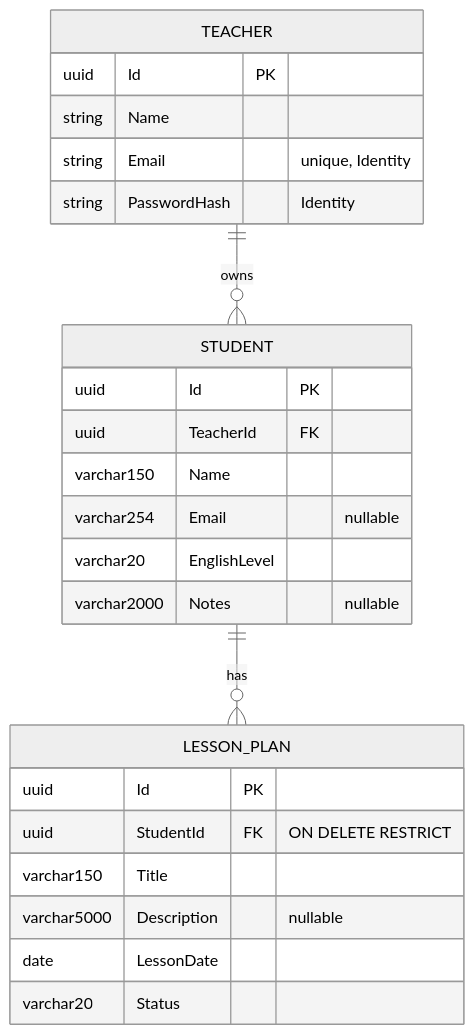
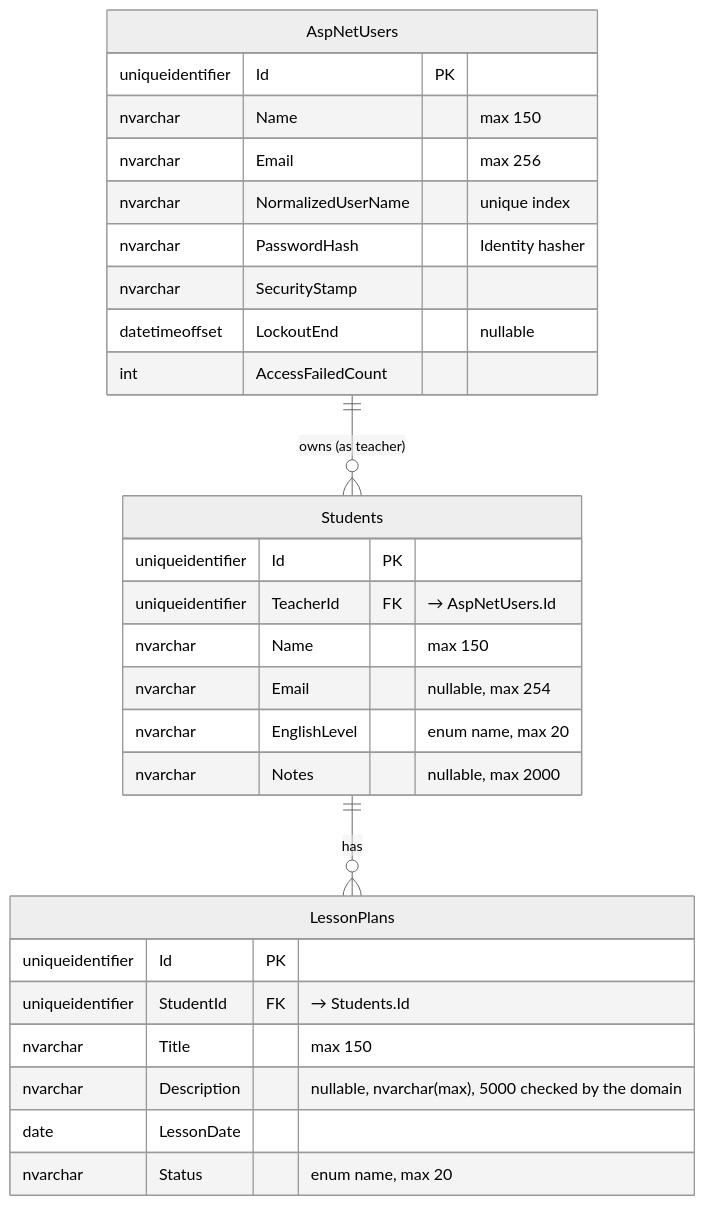
The diagram in docs/plan.md (gusvagner/lesson-organizer), drawn with Mermaid (neutral theme) before and after one commit. The commit also changed other lines of this file and 10 other files, not shown here.

First line of the commit message:
docs: define stack, architecture, and implementation plan part 1

````diff
--- a/docs/plan.md
+++ b/docs/plan.md
@@ -29,27 +31,31 @@
 ```mermaid
 erDiagram
-    TEACHER ||--o{ STUDENT : owns
-    STUDENT ||--o{ LESSON_PLAN : has
-    TEACHER {
-        uuid Id PK
-        string Name
-        string Email "unique, Identity"
-        string PasswordHash "Identity"
+    AspNetUsers ||--o{ Students : "owns (as teacher)"
+    Students ||--o{ LessonPlans : has
+    AspNetUsers {
+        uniqueidentifier Id PK
+        nvarchar Name "max 150"
+        nvarchar Email "max 256"
+        nvarchar NormalizedUserName "unique index"
+        nvarchar PasswordHash "Identity hasher"
+        nvarchar SecurityStamp
+        datetimeoffset LockoutEnd "nullable"
+        int AccessFailedCount
     }
-    STUDENT {
-        uuid Id PK
-        uuid TeacherId FK
-        varchar150 Name
-        varchar254 Email "nullable"
-        varchar20 EnglishLevel
-        varchar2000 Notes "nullable"
+    Students {
+        uniqueidentifier Id PK
+        uniqueidentifier TeacherId FK "→ AspNetUsers.Id"
+        nvarchar Name "max 150"
+        nvarchar Email "nullable, max 254"
+        nvarchar EnglishLevel "enum name, max 20"
+        nvarchar Notes "nullable, max 2000"
     }
-    LESSON_PLAN {
-        uuid Id PK
-        uuid StudentId FK "ON DELETE RESTRICT"
-        varchar150 Title
-        varchar5000 Description "nullable"
+    LessonPlans {
+        uniqueidentifier Id PK
+        uniqueidentifier StudentId FK "→ Students.Id"
+        nvarchar Title "max 150"
+        nvarchar Description "nullable, nvarchar(max), 5000 checked by the domain"
         date LessonDate
-        varchar20 Status
+        nvarchar Status "enum name, max 20"
     }
 ```
````
